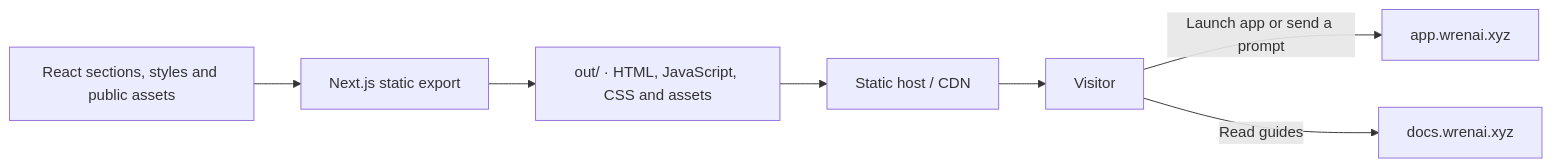
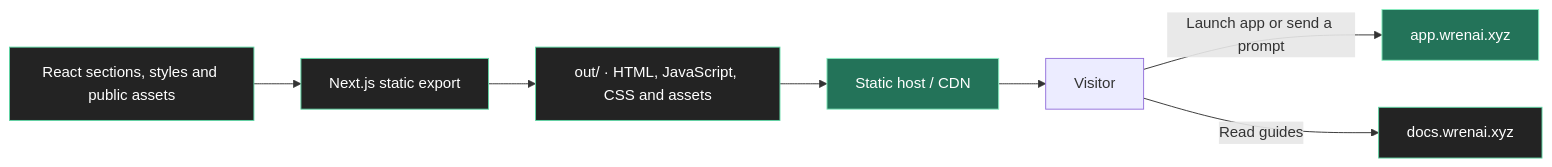
The diagram in LandingPage/README.md (ikarn-dev/Wrenai), drawn with Mermaid before and after one commit. The commit also changed other lines of this file and 4 other files, not shown here.

````diff
--- a/LandingPage/README.md
+++ b/LandingPage/README.md
@@ -22,9 +55,14 @@
 ```mermaid
 flowchart LR
     Source["React sections, styles and public assets"] --> Build["Next.js static export"]
     Build --> Files["out/ · HTML, JavaScript, CSS and assets"]
     Files --> Host["Static host / CDN"]
     Host --> Visitor[Visitor]
     Visitor -->|Launch app or send a prompt| App["app.wrenai.xyz"]
     Visitor -->|Read guides| Docs["docs.wrenai.xyz"]
+
+    classDef accent fill:#237359,stroke:#89EDC0,color:#FFFFFF
+    classDef surface fill:#232323,stroke:#5FD6A4,color:#FFFFFF
+    class App,Host accent
+    class Source,Build,Files,Docs surface
 ```
````
